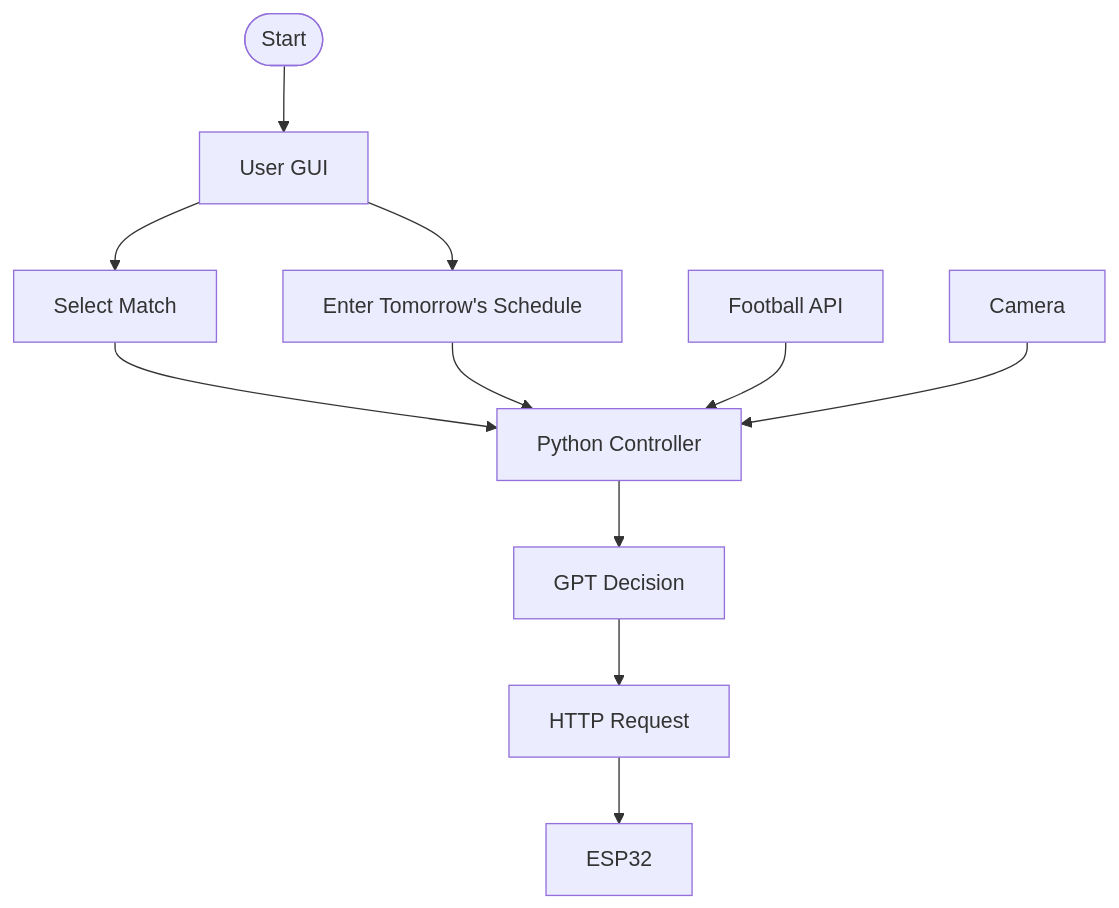
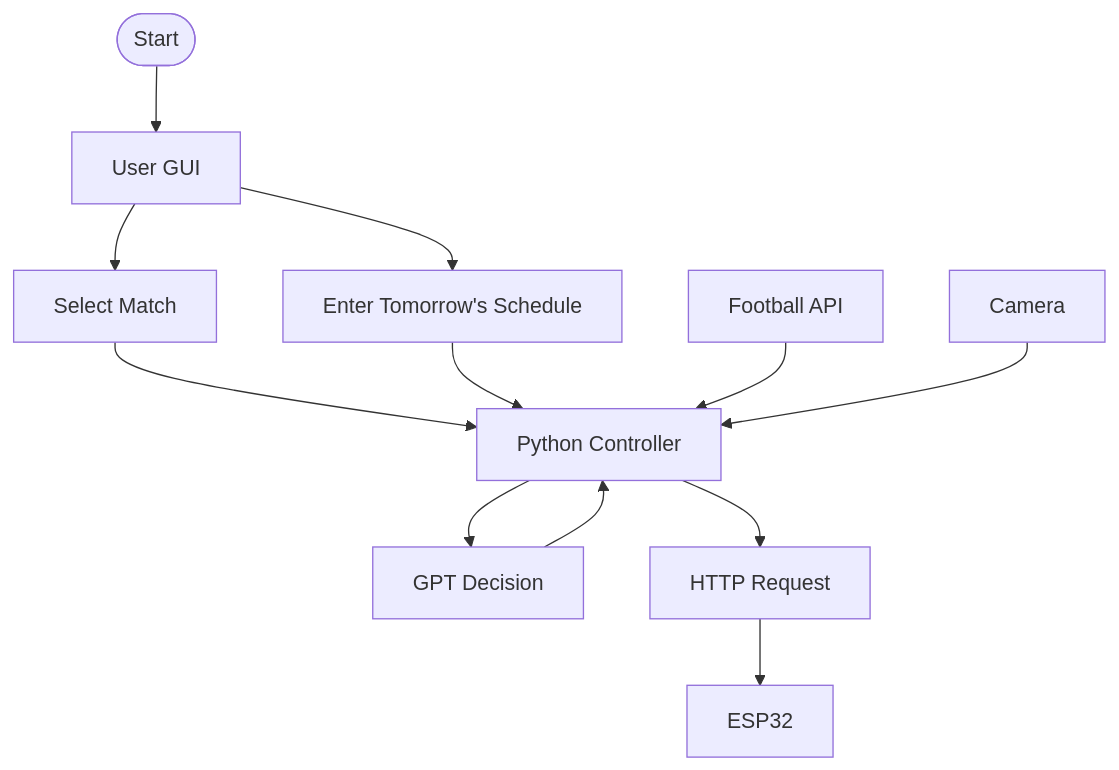
The second of 2 diagrams in README.md (roger-afk802/Football-Assistant-Device), drawn with Mermaid before and after one commit.

````diff
--- a/README.md
+++ b/README.md
@@ -75,25 +75,26 @@
 ```mermaid
 flowchart TD
 
 Start([Start])
 
 Start --> GUI["User GUI"]
 
 GUI --> Match["Select Match"]
 
 GUI --> Schedule["Enter Tomorrow's Schedule"]
 
 Match --> Python["Python Controller"]
 
 Schedule --> Python
 
 Football["Football API"] --> Python
 
 Camera["Camera"] --> Python
 
 Python --> GPT["GPT Decision"]
 
-GPT --> HTTP["HTTP Request"]
+GPT --> Python
+Python-->HTTP["HTTP Request"]
 
 HTTP --> ESP32["ESP32"]
 ```
````
